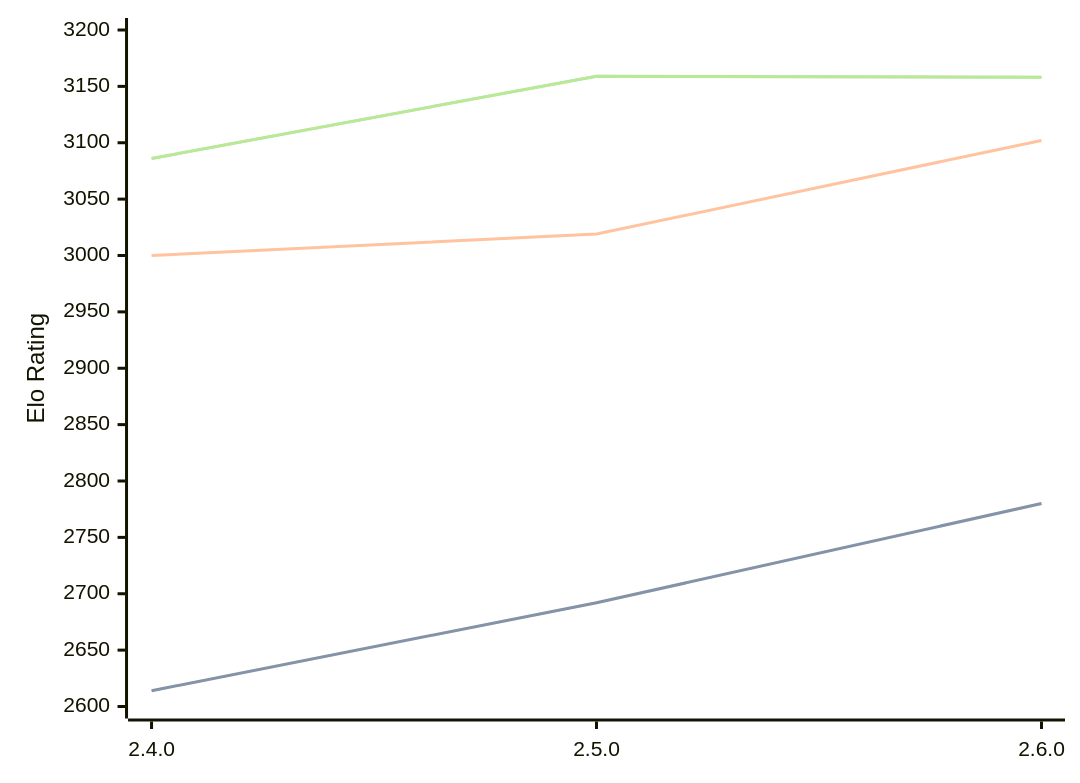
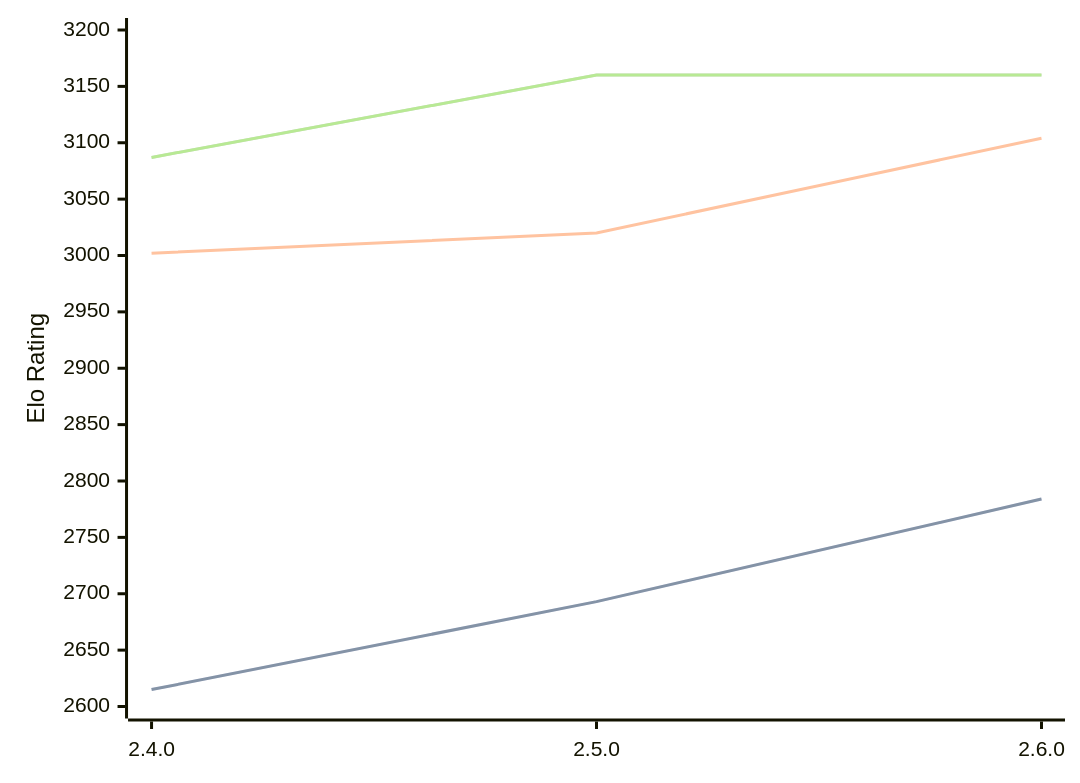
Before and after one commit to computer-chess-index/cci: the diagram in engines/Sturddle2.md, drawn with Mermaid. The commit also changed other lines of this file, not shown here.

Commit message:
Update CCI Ratings (ELO VLTC) - 2026-08-23

````diff
--- a/engines/Sturddle2.md
+++ b/engines/Sturddle2.md
@@ -33,11 +33,11 @@
 ```mermaid
 %%{init: {"theme":"base","themeVariables":{"seriesColors:['#a3a3a3','#222221','#faa371']}}}%%
 xychart-beta
   x-axis ["2.4.0", "2.5.0", "2.6.0"]
   y-axis "Elo Rating" 2600 --> 3200
-  line "STC (8.0+0.08s)" [2614, 2692, 2780]
-  line "STC (8.0+0.08s)" [2614, 2692, 2780]
-  line "LTC (60.0+0.60s)" [3000, 3019, 3102]
-  line "VLTC (2m24s+1.12s)" [3086, 3159, 3158]
-  line "VLTC (2m24s+1.12s)" [3086, 3159, 3158]
+  line "STC (8.0+0.08s)" [2615, 2693, 2784]
+  line "STC (8.0+0.08s)" [2615, 2693, 2784]
+  line "LTC (60.0+0.60s)" [3002, 3020, 3104]
+  line "VLTC (2m24s+1.12s)" [3087, 3160, 3160]
+  line "VLTC (2m24s+1.12s)" [3087, 3160, 3160]
 ```
````
